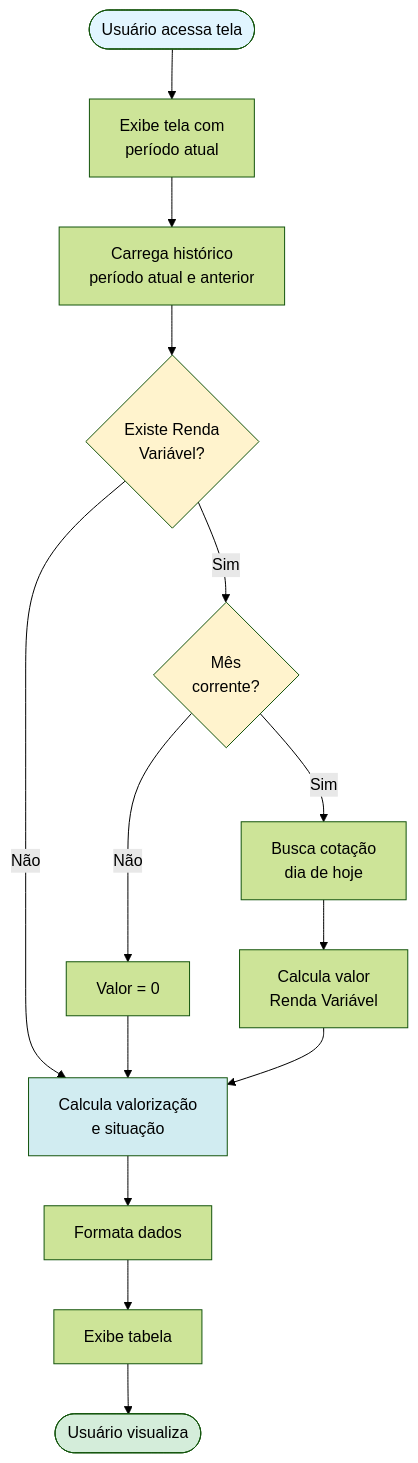
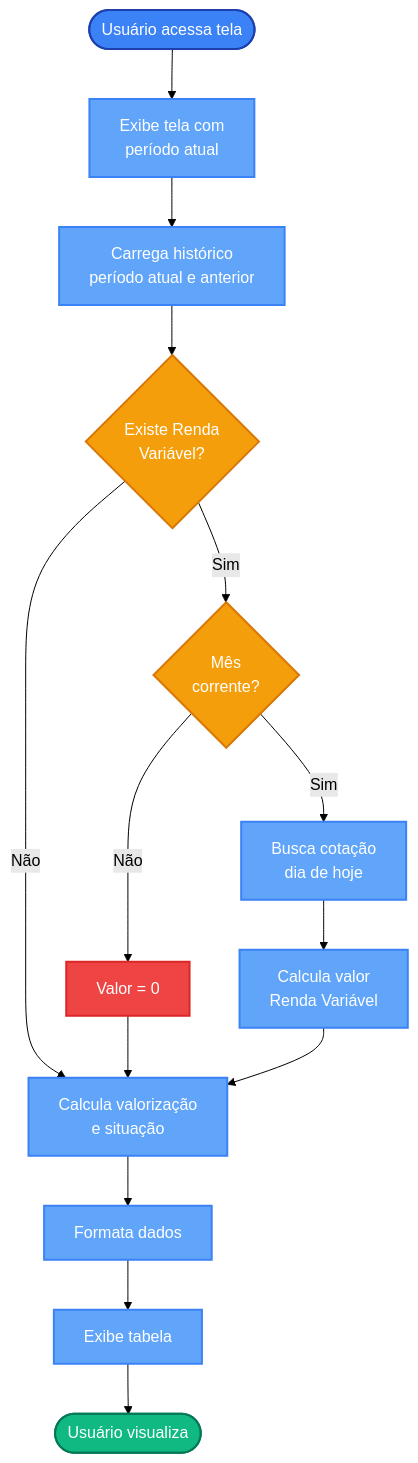
One commit to enirsilvaferraz/Investments-KMP changed the third of 5 diagrams in docs/RF - Tela de Consulta de Posicionamento do Ativo no Periodo.md. Above: the diagram before and after it, drawn with Mermaid (forest theme). The commit also changed other lines of this file, not shown here.

First line of the commit message:
docs: Update mermaid diagram styles in asset positioning doc

````diff
--- a/docs/RF - Tela de Consulta de Posicionamento do Ativo no Periodo.md
+++ b/docs/RF - Tela de Consulta de Posicionamento do Ativo no Periodo.md
@@ -193,25 +204,32 @@
 ```mermaid
 flowchart TD
     Start([Usuário acessa tela]) --> Display[Exibe tela com<br/>período atual]
     Display --> Load[Carrega histórico<br/>período atual e anterior]
     Load --> CheckRV{Existe Renda<br/>Variável?}
     
     CheckRV -->|Sim| CheckMonth{Mês<br/>corrente?}
     CheckMonth -->|Sim| GetQuote[Busca cotação<br/>dia de hoje]
     CheckMonth -->|Não| SetZero[Valor = 0]
     GetQuote --> CalcRV[Calcula valor<br/>Renda Variável]
     
     CheckRV -->|Não| Calc[Calcula valorização<br/>e situação]
     SetZero --> Calc
     CalcRV --> Calc
     
     Calc --> Format[Formata dados]
     Format --> Show[Exibe tabela]
     Show --> End([Usuário visualiza])
     
-    style Start fill:#e1f5ff
-    style End fill:#d4edda
-    style CheckRV fill:#fff3cd
-    style CheckMonth fill:#fff3cd
-    style Calc fill:#d1ecf1
+    style Start fill:#3b82f6,stroke:#1e40af,stroke-width:2px,color:#fff
+    style End fill:#10b981,stroke:#047857,stroke-width:2px,color:#fff
+    style CheckRV fill:#f59e0b,stroke:#d97706,stroke-width:2px,color:#fff
+    style CheckMonth fill:#f59e0b,stroke:#d97706,stroke-width:2px,color:#fff
+    style Calc fill:#60a5fa,stroke:#3b82f6,stroke-width:2px,color:#fff
+    style Display fill:#60a5fa,stroke:#3b82f6,stroke-width:2px,color:#fff
+    style Load fill:#60a5fa,stroke:#3b82f6,stroke-width:2px,color:#fff
+    style GetQuote fill:#60a5fa,stroke:#3b82f6,stroke-width:2px,color:#fff
+    style SetZero fill:#ef4444,stroke:#dc2626,stroke-width:2px,color:#fff
+    style CalcRV fill:#60a5fa,stroke:#3b82f6,stroke-width:2px,color:#fff
+    style Format fill:#60a5fa,stroke:#3b82f6,stroke-width:2px,color:#fff
+    style Show fill:#60a5fa,stroke:#3b82f6,stroke-width:2px,color:#fff
 ```
````
